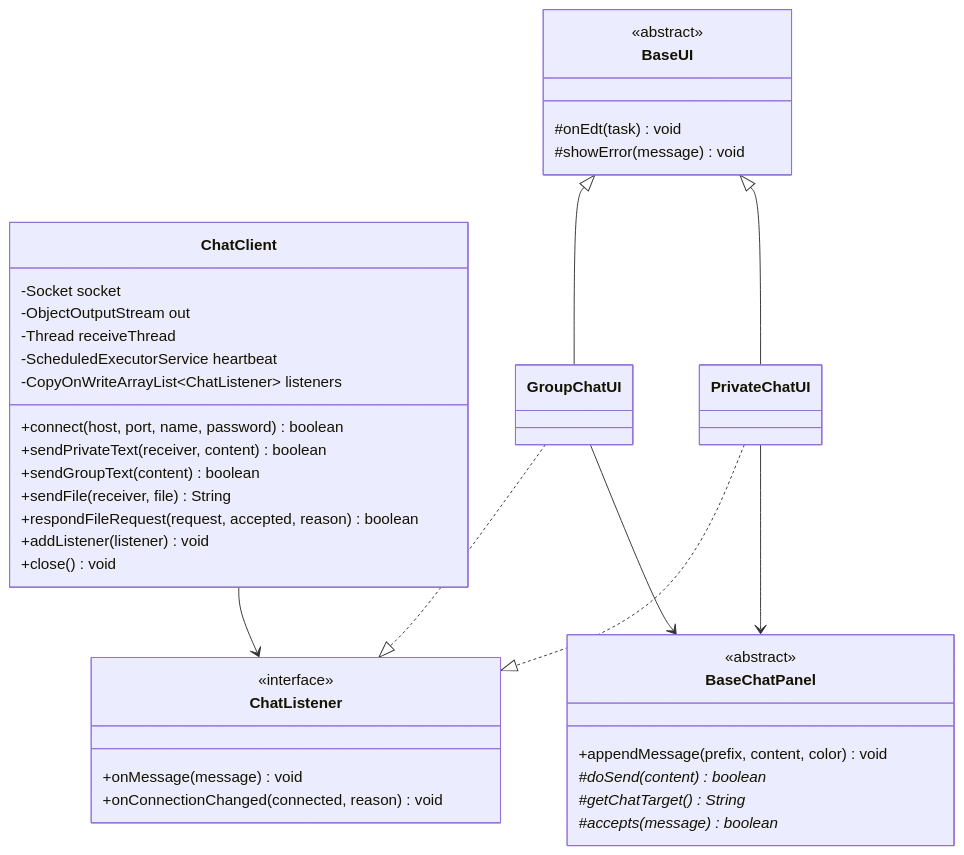
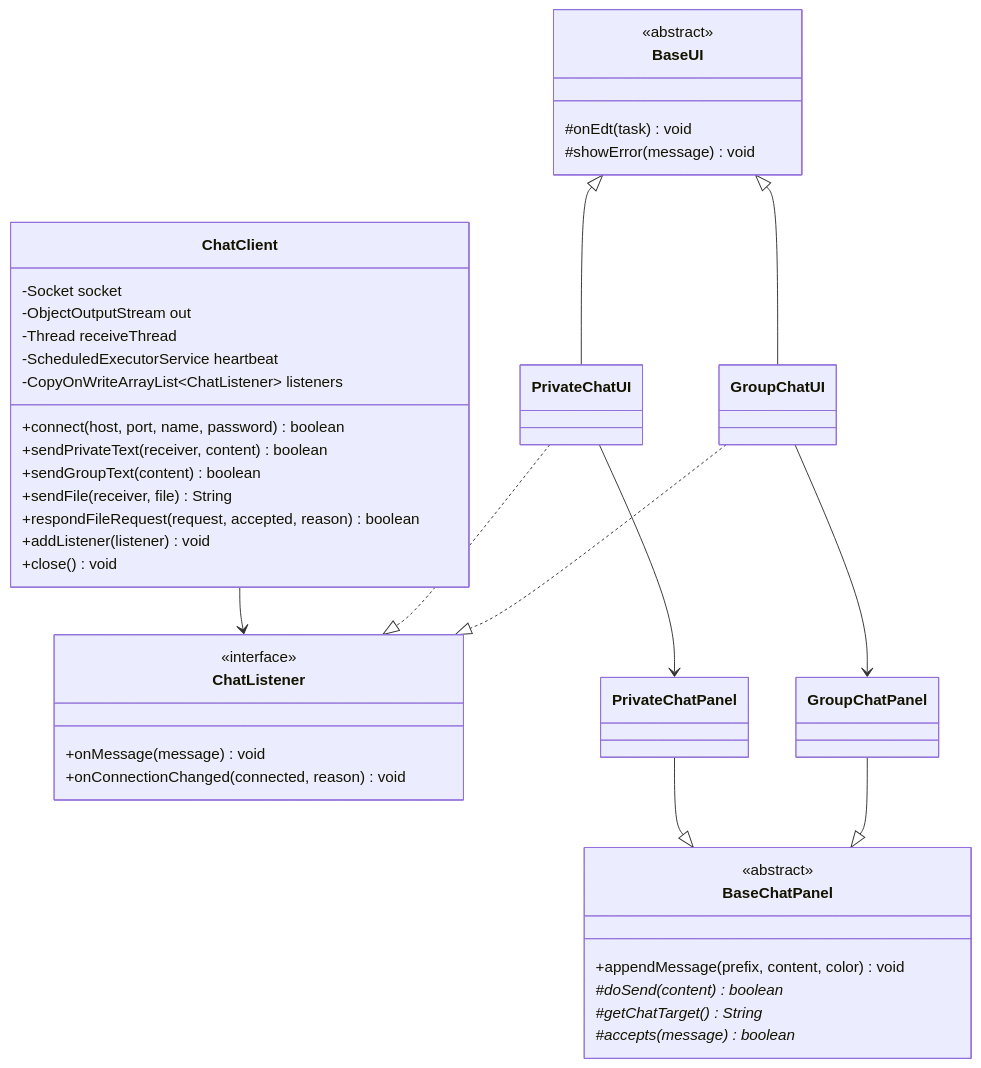
The seventh of 12 diagrams in docs/report/课程设计报告.md (FeiTwnd/lanchat), drawn with Mermaid before and after one commit. The commit also changed other lines of this file and 20 other files, not shown here.

````diff
--- a/docs/report/课程设计报告.md
+++ b/docs/report/课程设计报告.md
@@ -533,44 +533,48 @@
 ```mermaid
 classDiagram
     class ChatClient {
         -Socket socket
         -ObjectOutputStream out
         -Thread receiveThread
         -ScheduledExecutorService heartbeat
         -CopyOnWriteArrayList~ChatListener~ listeners
         +connect(host, port, name, password) boolean
         +sendPrivateText(receiver, content) boolean
         +sendGroupText(content) boolean
         +sendFile(receiver, file) String
         +respondFileRequest(request, accepted, reason) boolean
         +addListener(listener) void
         +close() void
     }
     class ChatListener {
         <<interface>>
         +onMessage(message) void
         +onConnectionChanged(connected, reason) void
     }
     class BaseUI {
         <<abstract>>
         #onEdt(task) void
         #showError(message) void
     }
     class BaseChatPanel {
         <<abstract>>
         +appendMessage(prefix, content, color) void
         #doSend(content)* boolean
         #getChatTarget()* String
         #accepts(message)* boolean
     }
     class PrivateChatUI
+    class PrivateChatPanel
     class GroupChatUI
+    class GroupChatPanel
 
     BaseUI <|-- PrivateChatUI
     BaseUI <|-- GroupChatUI
-    PrivateChatUI --> BaseChatPanel
-    GroupChatUI --> BaseChatPanel
+    PrivateChatUI --> PrivateChatPanel
+    PrivateChatPanel --|> BaseChatPanel
+    GroupChatUI --> GroupChatPanel
+    GroupChatPanel --|> BaseChatPanel
     ChatClient --> ChatListener
     PrivateChatUI ..|> ChatListener
     GroupChatUI ..|> ChatListener
 ```
````
